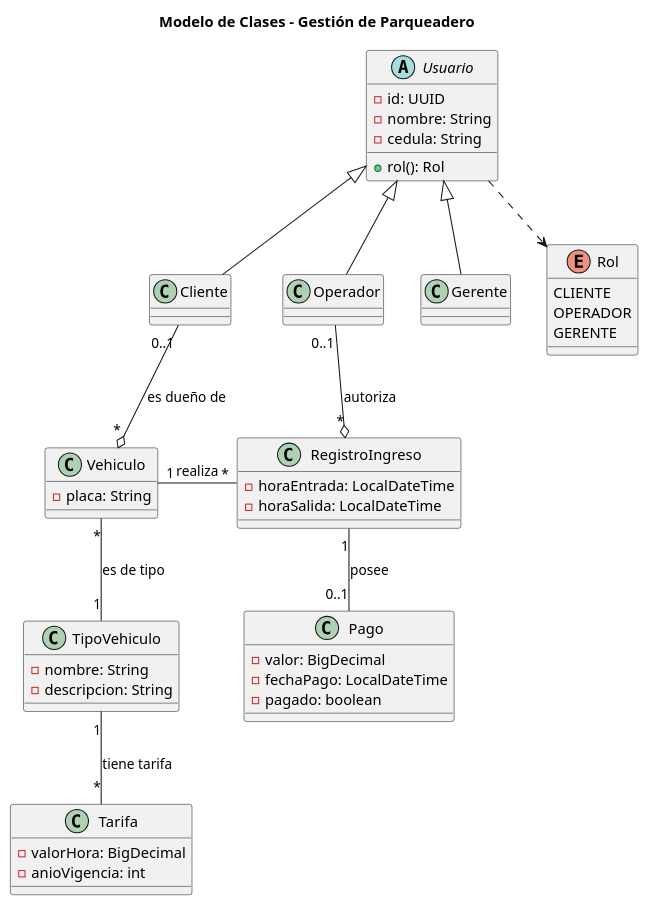
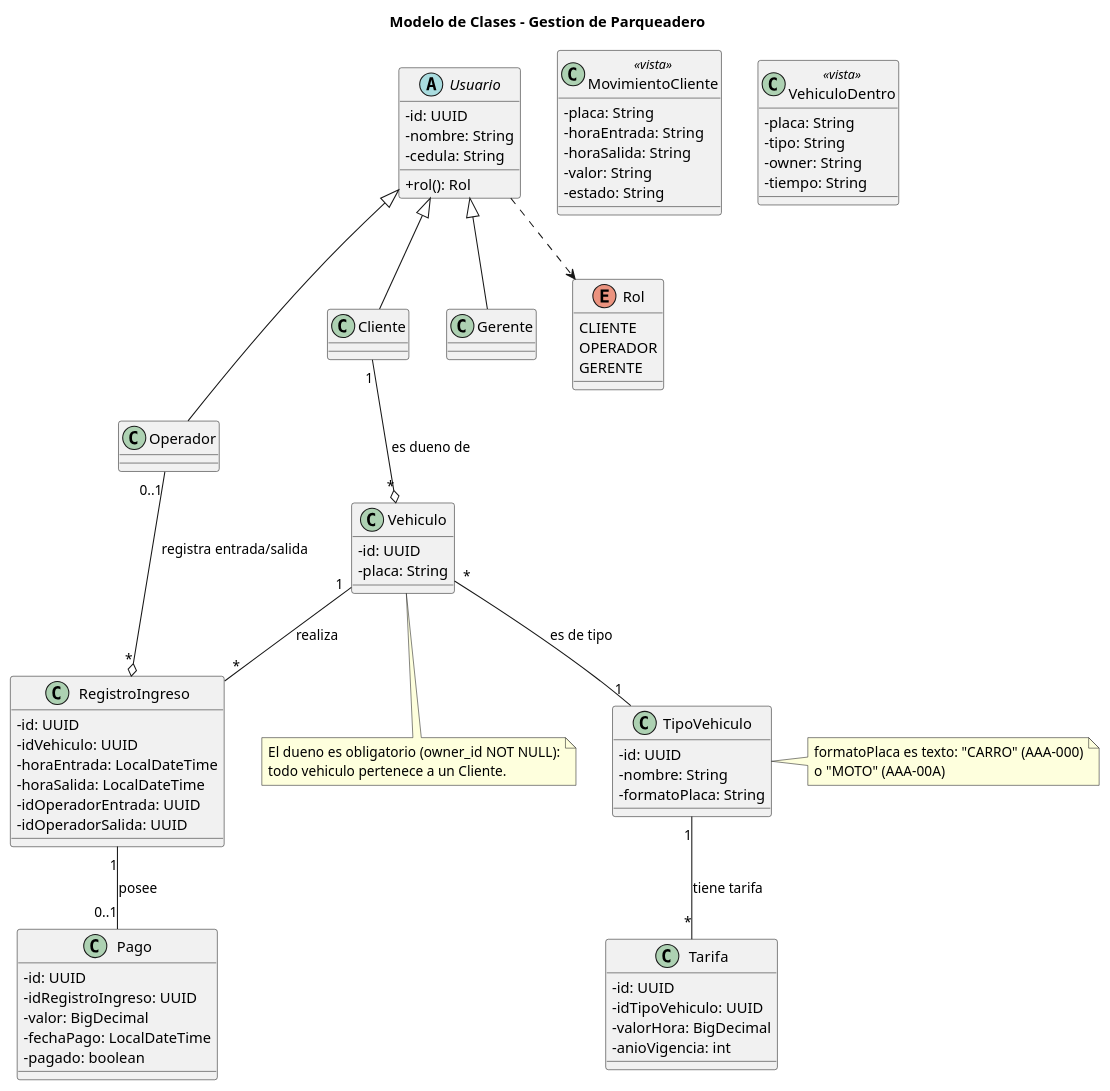
One commit to xdark-nessx20/demo_parq_temp changed the diagram in docs/domain/classes-diagram.puml. Above: the diagram before and after it, drawn with PlantUML. The commit also changed 20 other files, not shown here.

First line of the commit message:
Docs: UML actualizados y concordes con el proyecto + capturas de pantalla

```diff
--- a/docs/domain/classes-diagram.puml
+++ b/docs/domain/classes-diagram.puml
@@ -1,53 +1,87 @@
 @startuml
-title Modelo de Clases - Gestión de Parqueadero
+title Modelo de Clases - Gestion de Parqueadero
+skinparam classAttributeIconSize 0
 
 abstract class Usuario {
   - id: UUID
   - nombre: String
   - cedula: String
   + rol(): Rol
 }
 class Cliente
 class Operador
 class Gerente
 
 enum Rol {
   CLIENTE
   OPERADOR
   GERENTE
 }
 
 class Vehiculo {
+  - id: UUID
   - placa: String
 }
 class TipoVehiculo {
+  - id: UUID
   - nombre: String
-  - descripcion: String
+  - formatoPlaca: String
 }
 class Tarifa {
+  - id: UUID
+  - idTipoVehiculo: UUID
   - valorHora: BigDecimal
   - anioVigencia: int
 }
 class RegistroIngreso {
+  - id: UUID
+  - idVehiculo: UUID
   - horaEntrada: LocalDateTime
   - horaSalida: LocalDateTime
+  - idOperadorEntrada: UUID
+  - idOperadorSalida: UUID
 }
 class Pago {
+  - id: UUID
+  - idRegistroIngreso: UUID
   - valor: BigDecimal
   - fechaPago: LocalDateTime
   - pagado: boolean
+}
+class MovimientoCliente <<vista>> {
+  - placa: String
+  - horaEntrada: String
+  - horaSalida: String
+  - valor: String
+  - estado: String
+}
+class VehiculoDentro <<vista>> {
+  - placa: String
+  - tipo: String
+  - owner: String
+  - tiempo: String
 }
 
 Cliente -up-|> Usuario
 Operador -up-|> Usuario
 Gerente -up-|> Usuario
 Usuario ..> Rol
 
-Cliente "0..1" --o "*" Vehiculo : "es dueño de"
-Vehiculo "*" -- "1" TipoVehiculo : "es de tipo"
-TipoVehiculo "1" -- "*" Tarifa : "tiene tarifa"
-Vehiculo "1" -right- "*" RegistroIngreso : "realiza"
-Operador "0..1" --o "*" RegistroIngreso : "autoriza"
-RegistroIngreso "1" -- "0..1" Pago : "posee"
+Cliente "1" --o "*" Vehiculo : es dueno de
+Vehiculo "*" -- "1" TipoVehiculo : es de tipo
+TipoVehiculo "1" -- "*" Tarifa : tiene tarifa
+Vehiculo "1" -- "*" RegistroIngreso : realiza
+Operador "0..1" --o "*" RegistroIngreso : registra entrada/salida
+RegistroIngreso "1" -- "0..1" Pago : posee
+
+note right of TipoVehiculo
+  formatoPlaca es texto: "CARRO" (AAA-000)
+  o "MOTO" (AAA-00A)
+end note
+
+note bottom of Vehiculo
+  El dueno es obligatorio (owner_id NOT NULL):
+  todo vehiculo pertenece a un Cliente.
+end note
 
 @enduml
```
